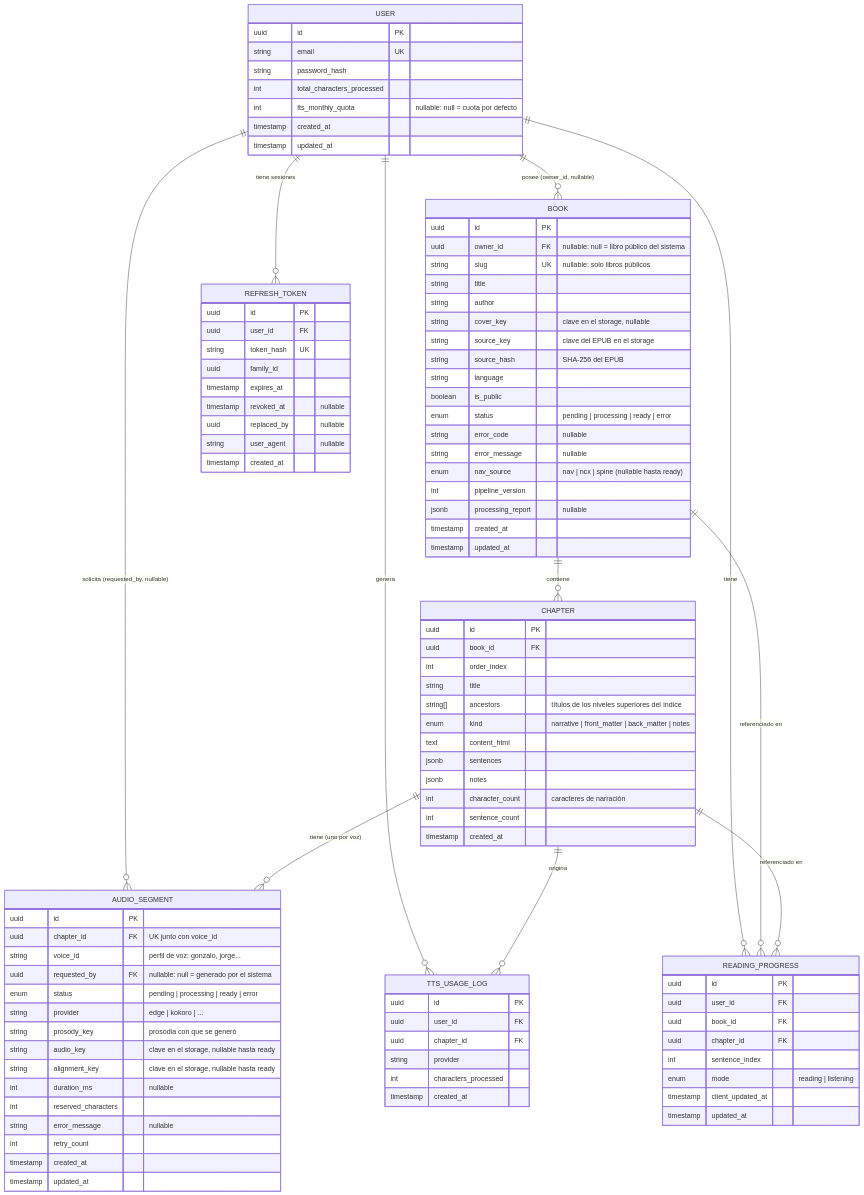
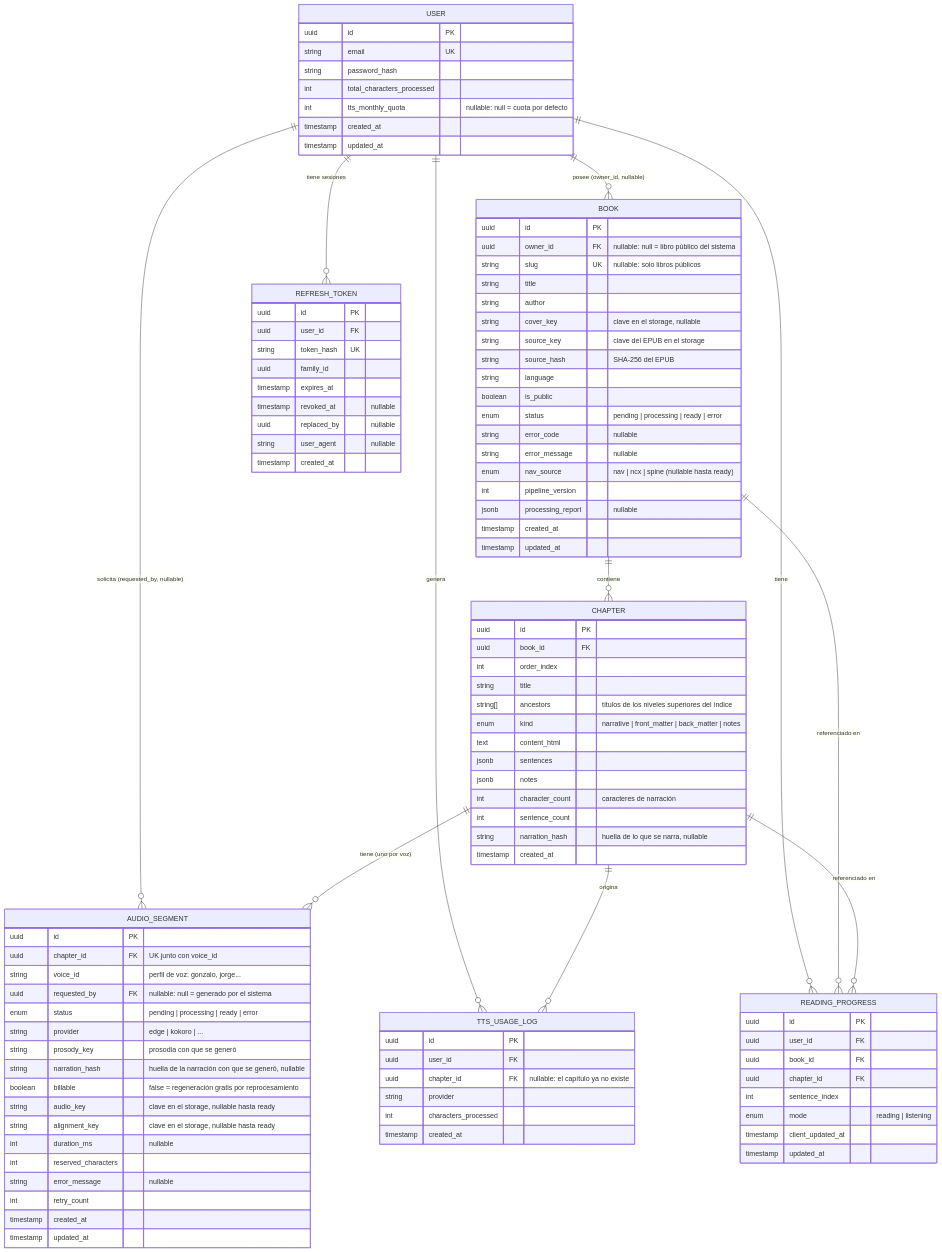
Before and after one commit to 1Zamuken1/lectio: the diagram in docs/lectio-modelo-datos.md, drawn with Mermaid. The commit also changed other lines of this file and 35 other files, not shown here.

```diff
--- a/docs/lectio-modelo-datos.md
+++ b/docs/lectio-modelo-datos.md
@@ -60,6 +60,7 @@
         jsonb notes
         int character_count "caracteres de narración"
         int sentence_count
+        string narration_hash "huella de lo que se narra, nullable"
         timestamp created_at
     }
 
@@ -71,6 +72,8 @@
         enum status "pending | processing | ready | error"
         string provider "edge | kokoro | ..."
         string prosody_key "prosodia con que se generó"
+        string narration_hash "huella de la narración con que se generó, nullable"
+        boolean billable "false = regeneración gratis por reprocesamiento"
         string audio_key "clave en el storage, nullable hasta ready"
         string alignment_key "clave en el storage, nullable hasta ready"
         int duration_ms "nullable"
@@ -95,7 +98,7 @@
     TTS_USAGE_LOG {
         uuid id PK
         uuid user_id FK
-        uuid chapter_id FK
+        uuid chapter_id FK "nullable: el capítulo ya no existe"
         string provider
         int characters_processed
         timestamp created_at
```
